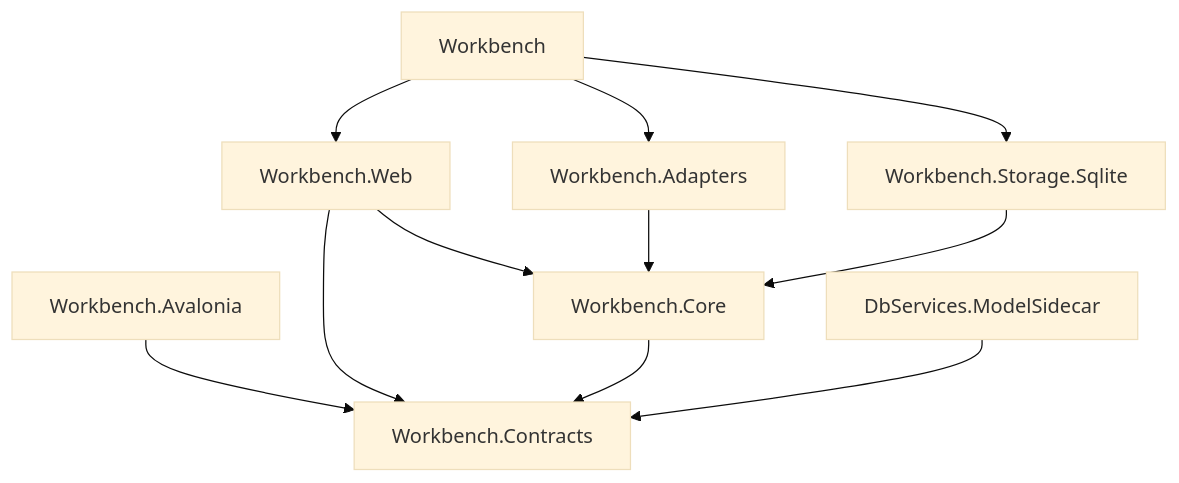
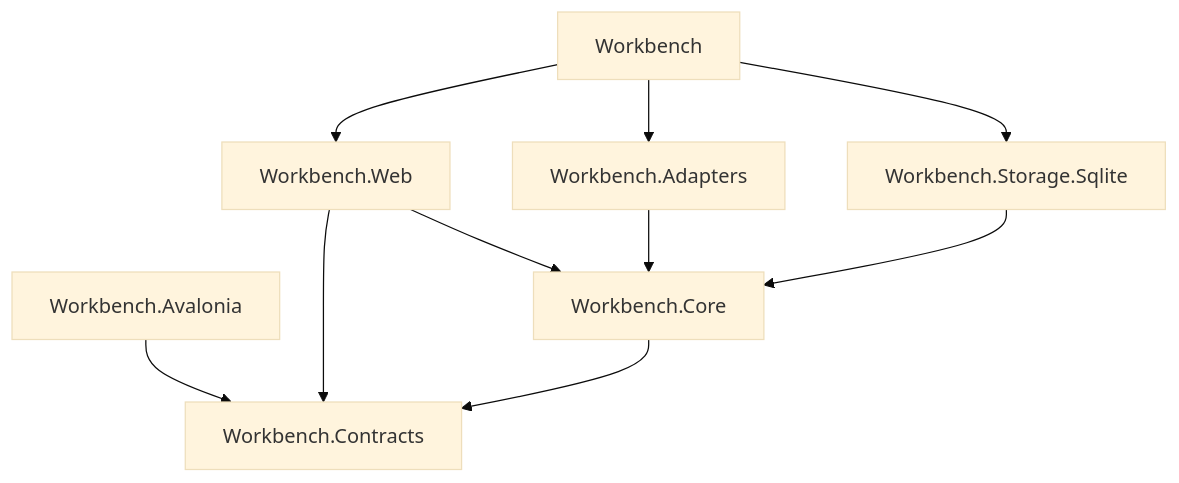
The first of 2 diagrams in _bmad-output/planning-artifacts/architecture/architecture-DBServices-2026-10-12/ARCHITECTURE-SPINE.md (sjvann/DBServices), drawn with Mermaid (base theme) before and after one commit. The commit also changed other lines of this file and 27 other files, not shown here.

````diff
--- a/_bmad-output/planning-artifacts/architecture/architecture-DBServices-2026-10-12/ARCHITECTURE-SPINE.md
+++ b/_bmad-output/planning-artifacts/architecture/architecture-DBServices-2026-10-12/ARCHITECTURE-SPINE.md
@@ -46,21 +47,19 @@
 ```mermaid
 flowchart TD
   avalonia[Workbench.Avalonia]
   web[Workbench.Web]
   host[Workbench]
   contracts[Workbench.Contracts]
   core[Workbench.Core]
   adapters[Workbench.Adapters]
   store[Workbench.Storage.Sqlite]
-  sidecar[DbServices.ModelSidecar]
   avalonia --> contracts
   web --> core
   web --> contracts
   host --> web
   host --> adapters
   host --> store
   adapters --> core
   core --> contracts
-  sidecar --> contracts
   store --> core
 ```
````
